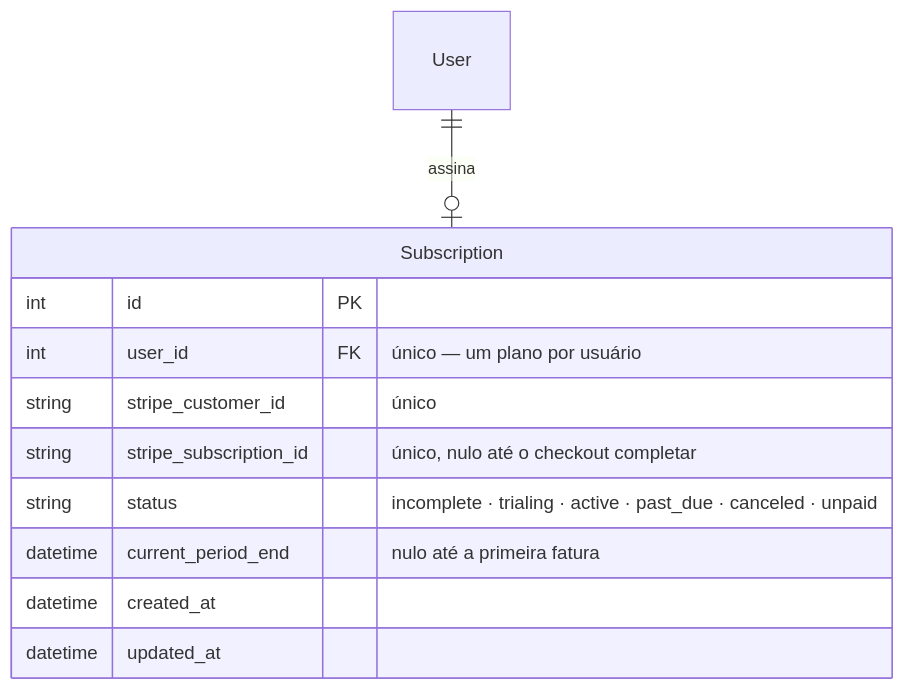
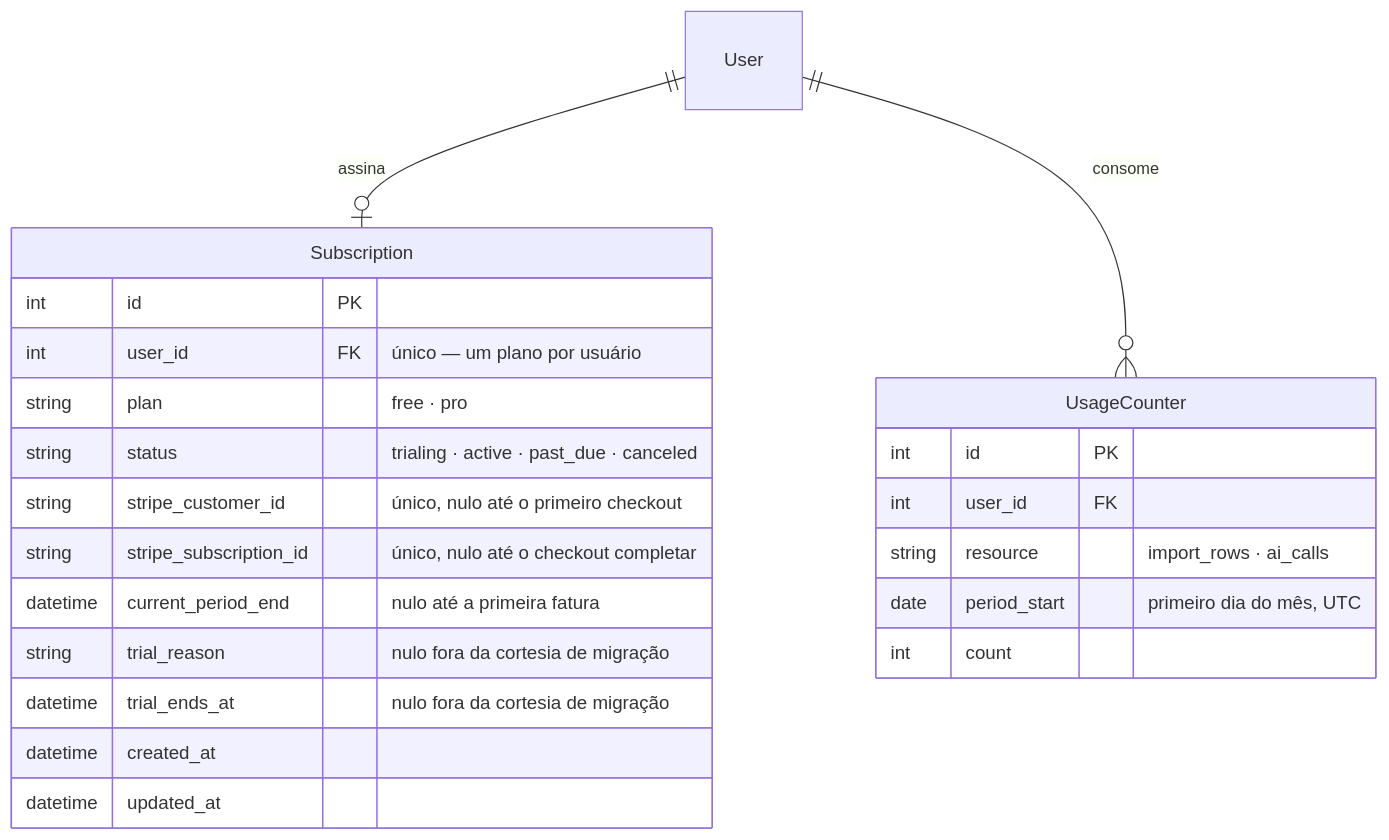
Before and after one commit to Streeft/MaterialSelect-AI: the diagram in docs/superpowers/specs/2026-08-18-multi-tenant-billing-design.md, drawn with Mermaid. The commit also changed other lines of this file, not shown here.

First line of the commit message:
docs: substitui spec de multi-tenant/cobrança por desenho Free+Pro

````diff
--- a/docs/superpowers/specs/2026-08-18-multi-tenant-billing-design.md
+++ b/docs/superpowers/specs/2026-08-18-multi-tenant-billing-design.md
@@ -41,14 +55,25 @@
 ```mermaid
 erDiagram
   User ||--o| Subscription : assina
+  User ||--o{ UsageCounter : consome
   Subscription {
     int id PK
     int user_id FK "único — um plano por usuário"
-    string stripe_customer_id "único"
+    string plan "free · pro"
+    string status "trialing · active · past_due · canceled"
+    string stripe_customer_id "único, nulo até o primeiro checkout"
     string stripe_subscription_id "único, nulo até o checkout completar"
-    string status "incomplete · trialing · active · past_due · canceled · unpaid"
     datetime current_period_end "nulo até a primeira fatura"
+    string trial_reason "nulo fora da cortesia de migração"
+    datetime trial_ends_at "nulo fora da cortesia de migração"
     datetime created_at
     datetime updated_at
   }
+  UsageCounter {
+    int id PK
+    int user_id FK
+    string resource "import_rows · ai_calls"
+    date period_start "primeiro dia do mês, UTC"
+    int count
+  }
 ```
````
